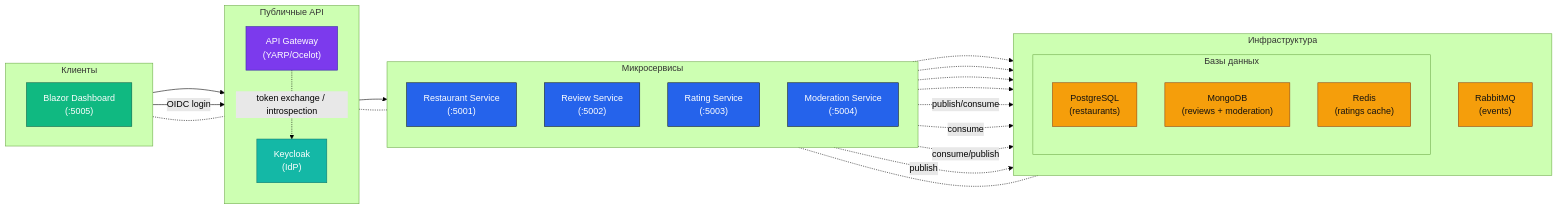
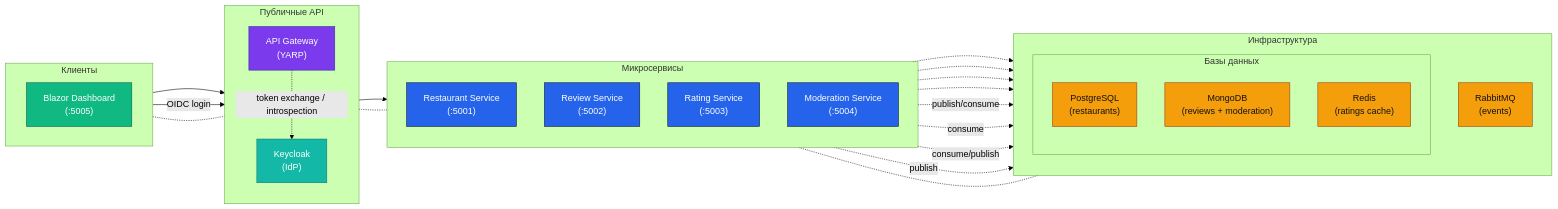
The first of 4 diagrams in docs/diagrams.md (bagermoon/otuscode), drawn with Mermaid (forest theme) before and after one commit. The commit also changed other lines of this file and 129 other files, not shown here.

First line of the commit message:
Add event sequence diagrams and refactor authentication (#37)

````diff
--- a/docs/diagrams.md
+++ b/docs/diagrams.md
@@ -5,72 +5,72 @@
     ```mermaid
     flowchart LR
     %% Client Layer - Left
     subgraph ClientSide[Клиенты]
         direction LR
         BZ["`Blazor Dashboard<br/>(:5005)`"]
     end
 
     %% PublicAPI Layer - Left-Center (public)
     subgraph PublicAPI[Публичные API]
         direction TB
         KC["`Keycloak<br/>(IdP)`"]
-        GW["`API Gateway<br/>(YARP/Ocelot)`"]
+        GW["`API Gateway<br/>(YARP)`"]
         
     end
 
     %% Service Layer - Center-Right
     subgraph Services[Микросервисы]
         direction TB
         RSVC["`Restaurant Service<br/>(:5001)`"]
         RS["`Review Service<br/>(:5002)`"]
         RT["`Rating Service<br/>(:5003)`"]
         MS["`Moderation Service<br/>(:5004)`"]
     end
 
     %% Infrastructure Layer - Right
     subgraph Infra["`Инфраструктура`"]
         direction TB
         subgraph DBs[Базы данных]
             direction TB
             PG["`PostgreSQL<br/>(restaurants)`"]
             MG["`MongoDB<br/>(reviews + moderation)`"]
             RD["`Redis<br/>(ratings cache)`"]
         end
         MQ["`RabbitMQ<br/>(events)`"]
     end
 
     %% Horizontal main flow (left to right)
     ClientSide --> GW
     ClientSide -->|OIDC login| KC
     GW -.->|token exchange / introspection| KC
     GW --> Services
     
     ClientSide -.- PublicAPI
     PublicAPI -.- Services
     Services -.- Infra
 
     %% Direct service-to-storage connections
     RSVC -.-> PG
     RS -.-> MG
     MS -.-> MG
     RT -.-> RD
 
     %% Event connections to message queue
     RS -.->|publish/consume| MQ
     RT -.->|consume| MQ
     MS -.->|consume/publish| MQ
     RSVC -.->|publish| MQ
 
     %% Styling
     classDef svc fill:#2563eb,stroke:#0f172a,color:#fff
     classDef store fill:#f59e0b,stroke:#92400e,color:#111
     classDef client fill:#10b981,stroke:#065f46,color:#fff
     classDef gateway fill:#7c3aed,stroke:#3730a3,color:#fff
     classDef idp fill:#14b8a6,stroke:#0f766e,color:#fff
     
     class RSVC,RS,RT,MS svc
     class PG,MG,RD,MQ store
     class BZ client
     class GW gateway
     class KC idp
     ```
````
